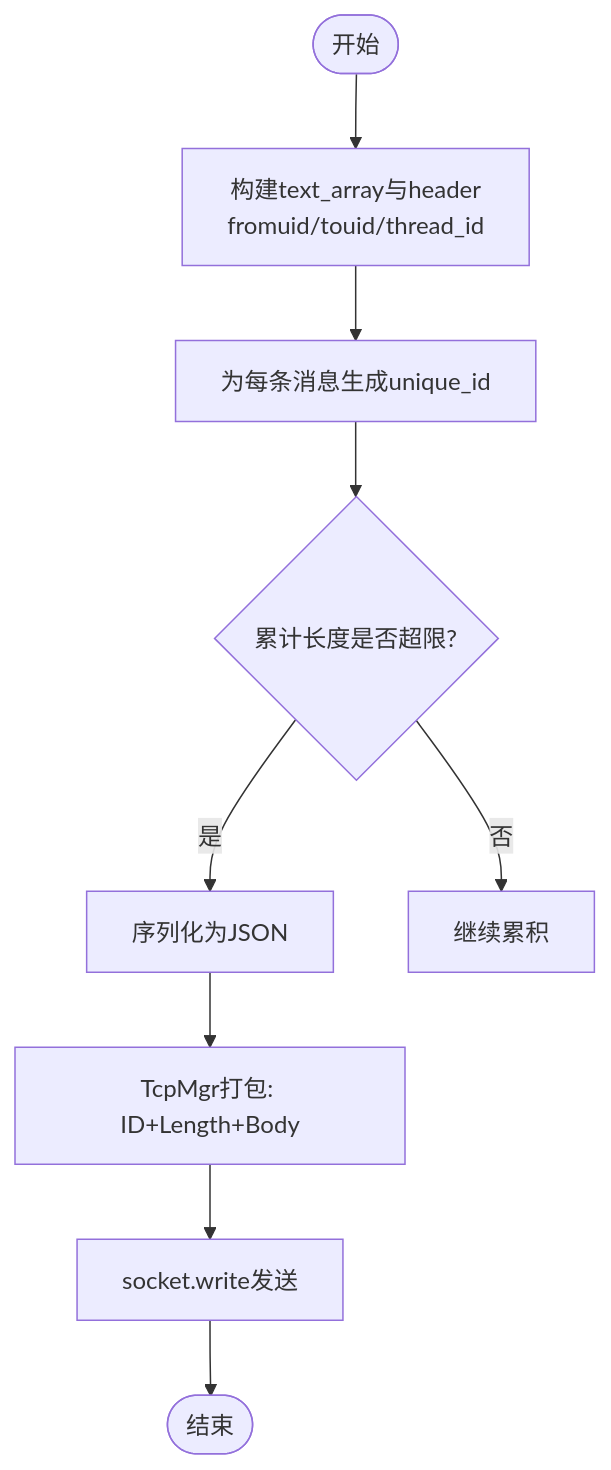
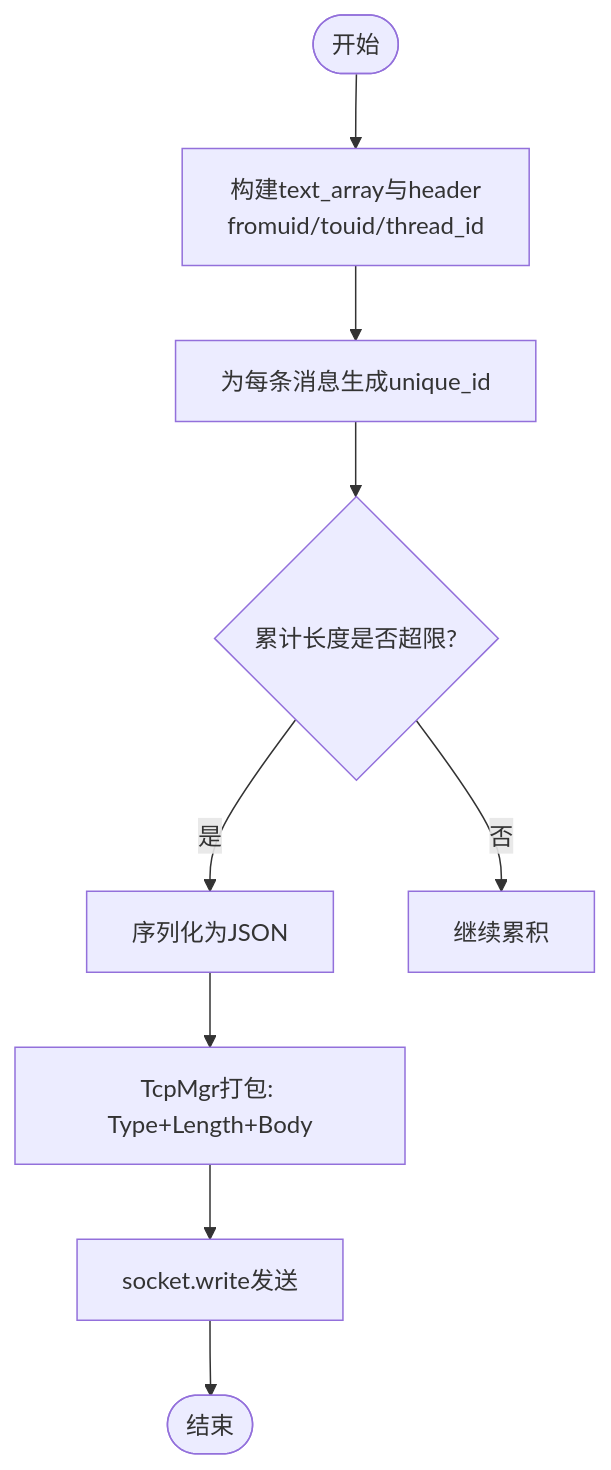
Before and after one commit to echo9923/mychatter: the third of 7 diagrams in .qoder/repowiki/zh/content/架构设计/数据流设计/聊天消息数据流/文本消息传输流程.md, drawn with Mermaid. The commit also changed other lines of this file and 128 other files, not shown here.

First line of the commit message:
refactor(protocol): TCP 帧头消息类型 msg_id 全局改名为 msg_type

````diff
--- a/.qoder/repowiki/zh/content/架构设计/数据流设计/聊天消息数据流/文本消息传输流程.md
+++ b/.qoder/repowiki/zh/content/架构设计/数据流设计/聊天消息数据流/文本消息传输流程.md
@@ -170,11 +170,11 @@
 ```mermaid
 flowchart TD
 Start(["开始"]) --> Build["构建text_array与header<br/>fromuid/touid/thread_id"]
 Build --> GenUUID["为每条消息生成unique_id"]
 GenUUID --> CheckSize{"累计长度是否超限?"}
 CheckSize --> |是| Serialize["序列化为JSON"]
 CheckSize --> |否| Accumulate["继续累积"]
-Serialize --> Pack["TcpMgr打包: ID+Length+Body"]
+Serialize --> Pack["TcpMgr打包: Type+Length+Body"]
 Pack --> Send["socket.write发送"]
 Send --> End(["结束"])
 ```
````
